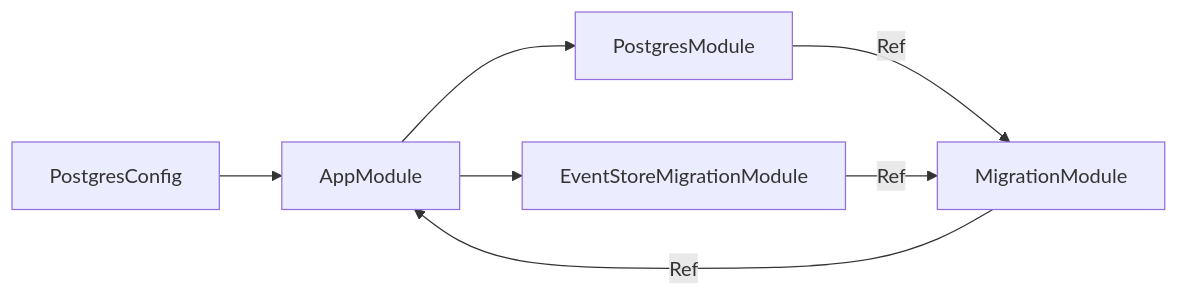
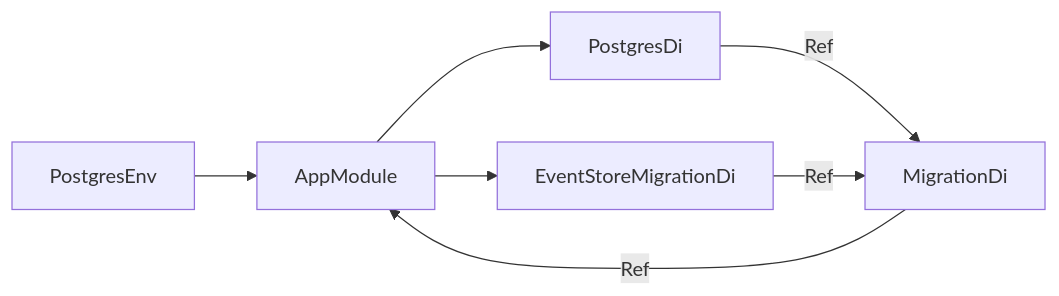
Before and after one commit to vendelev/async-job-search: the diagram in backend/src/README.md, drawn with Mermaid. The commit also changed other lines of this file and 32 other files, not shown here.

````diff
--- a/backend/src/README.md
+++ b/backend/src/README.md
@@ -9,9 +9,9 @@
 ```mermaid
 flowchart LR
-    Config[PostgresConfig] --> AppModule
-    AppModule --> PostgresModule
-    PostgresModule -->|Ref<PostgresDatabase>| MigrationModule
-    AppModule --> EventStoreMigrationModule
-    EventStoreMigrationModule -->|Ref<MigrationProvider>| MigrationModule
-    MigrationModule -->|Ref<MigrateCommand>| AppModule
+    Config[PostgresEnv] --> AppModule
+    AppModule --> PostgresDi
+    PostgresDi -->|Ref<PostgresDatabase>| MigrationDi
+    AppModule --> EventStoreMigrationDi
+    EventStoreMigrationDi -->|Ref<MigrationProvider>| MigrationDi
+    MigrationDi -->|Ref<MigrateCommand>| AppModule
 ```
````
